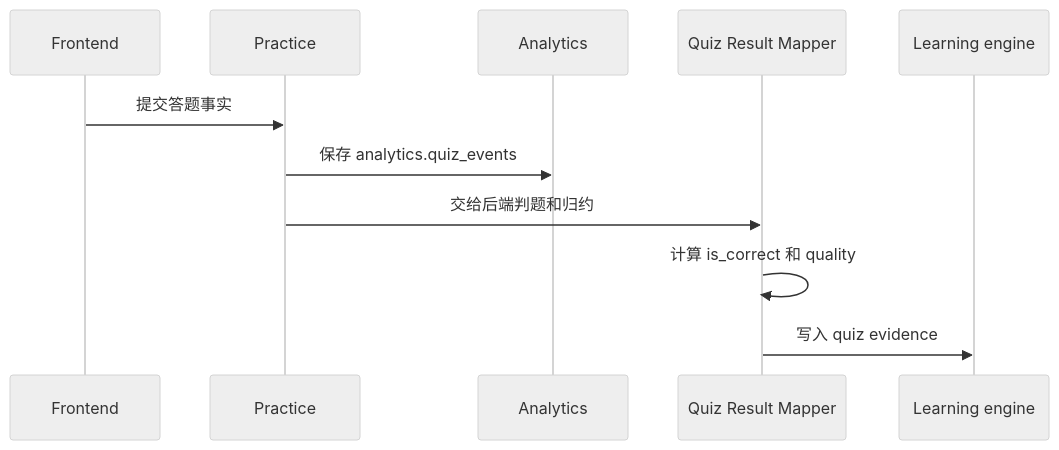
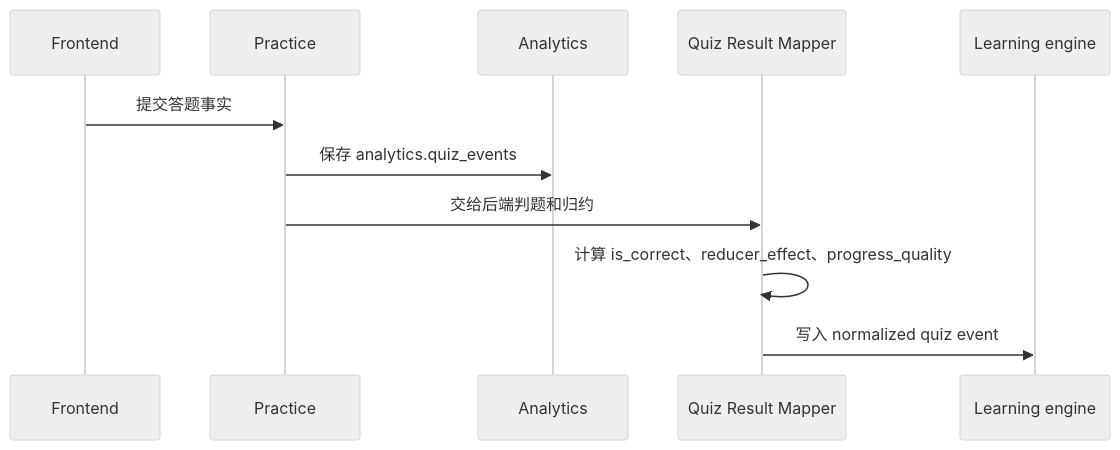
Before and after one commit to bionicotaku/learning-video-recommendation-system: the fifth of 9 diagrams in docs/学习互动信号架构图.md, drawn with Mermaid (neutral theme). The commit also changed other lines of this file and 60 other files, not shown here.

````diff
--- a/docs/学习互动信号架构图.md
+++ b/docs/学习互动信号架构图.md
@@ -281,14 +281,14 @@
 ```mermaid
 sequenceDiagram
     participant FE as Frontend
     participant Practice as Practice
     participant Analytics as Analytics
     participant Mapper as Quiz Result Mapper
     participant LE as Learning engine
 
     FE->>Practice: 提交答题事实
     Practice->>Analytics: 保存 analytics.quiz_events
     Practice->>Mapper: 交给后端判题和归约
-    Mapper->>Mapper: 计算 is_correct 和 quality
-    Mapper->>LE: 写入 quiz evidence
+    Mapper->>Mapper: 计算 is_correct、reducer_effect、progress_quality
+    Mapper->>LE: 写入 normalized quiz event
 ```
````
